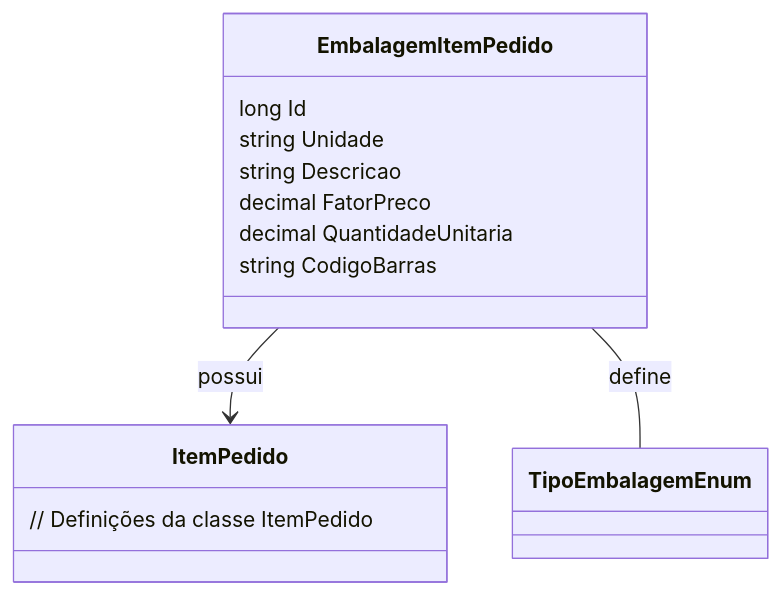
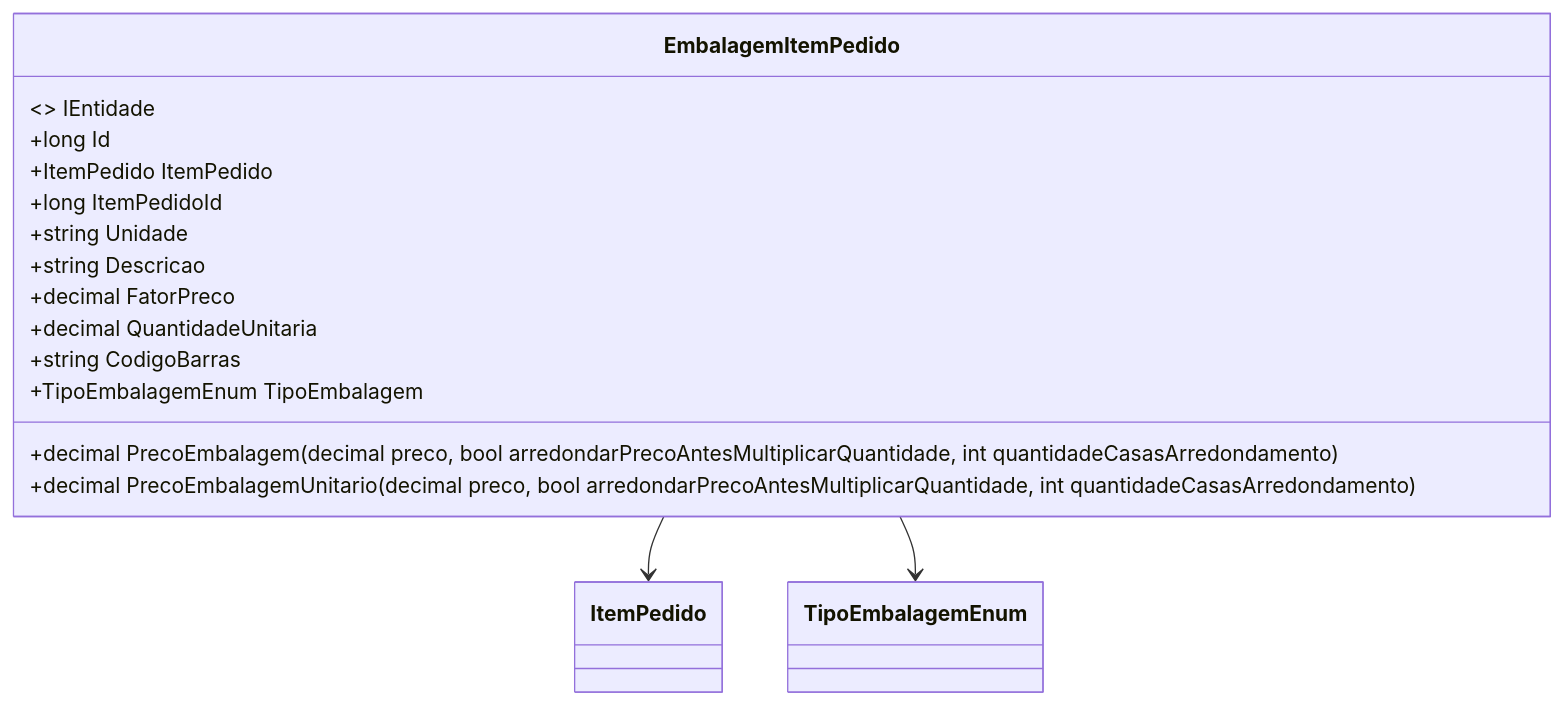
One commit to IsthmusSistemas/documentacao-tecnica changed the third of 3 diagrams in docs/b2b-dominio/IsthmusWinthor.Nucleo/IsthmusWinthor.Dominio/Entidades/EmbalagemItemPedido.md. Above: the diagram before and after it, drawn with Mermaid. The commit also changed other lines of this file and 882 other files, not shown here.

````diff
--- a/docs/b2b-dominio/IsthmusWinthor.Nucleo/IsthmusWinthor.Dominio/Entidades/EmbalagemItemPedido.md
+++ b/docs/b2b-dominio/IsthmusWinthor.Nucleo/IsthmusWinthor.Dominio/Entidades/EmbalagemItemPedido.md
@@ -59,18 +62,20 @@
 ```mermaid
 classDiagram
     class EmbalagemItemPedido {
-        long Id
-        string Unidade
-        string Descricao
-        decimal FatorPreco
-        decimal QuantidadeUnitaria
-        string CodigoBarras
-    }
-    
-    class ItemPedido {
-        // Definições da classe ItemPedido
+        <<interface>> IEntidade
+        +long Id
+        +ItemPedido ItemPedido
+        +long ItemPedidoId
+        +string Unidade
+        +string Descricao
+        +decimal FatorPreco
+        +decimal QuantidadeUnitaria
+        +string CodigoBarras
+        +TipoEmbalagemEnum TipoEmbalagem
+        +decimal PrecoEmbalagem(decimal preco, bool arredondarPrecoAntesMultiplicarQuantidade, int quantidadeCasasArredondamento)
+        +decimal PrecoEmbalagemUnitario(decimal preco, bool arredondarPrecoAntesMultiplicarQuantidade, int quantidadeCasasArredondamento)
     }
 
-    EmbalagemItemPedido --> ItemPedido : possui
-    EmbalagemItemPedido -- TipoEmbalagemEnum : define
-```
+    EmbalagemItemPedido --> ItemPedido
+    EmbalagemItemPedido --> TipoEmbalagemEnum
+``` 
````
